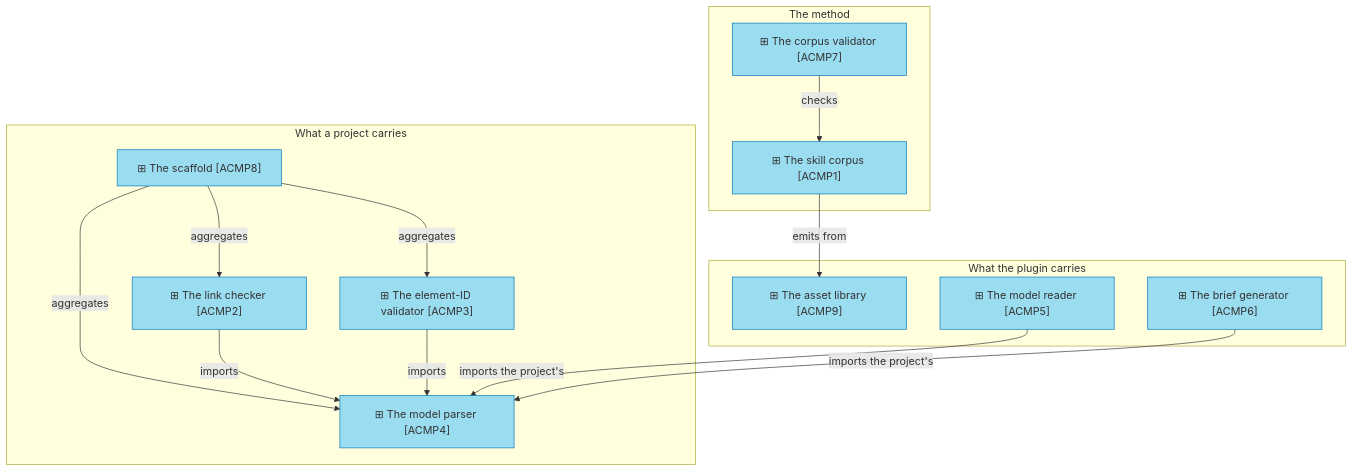
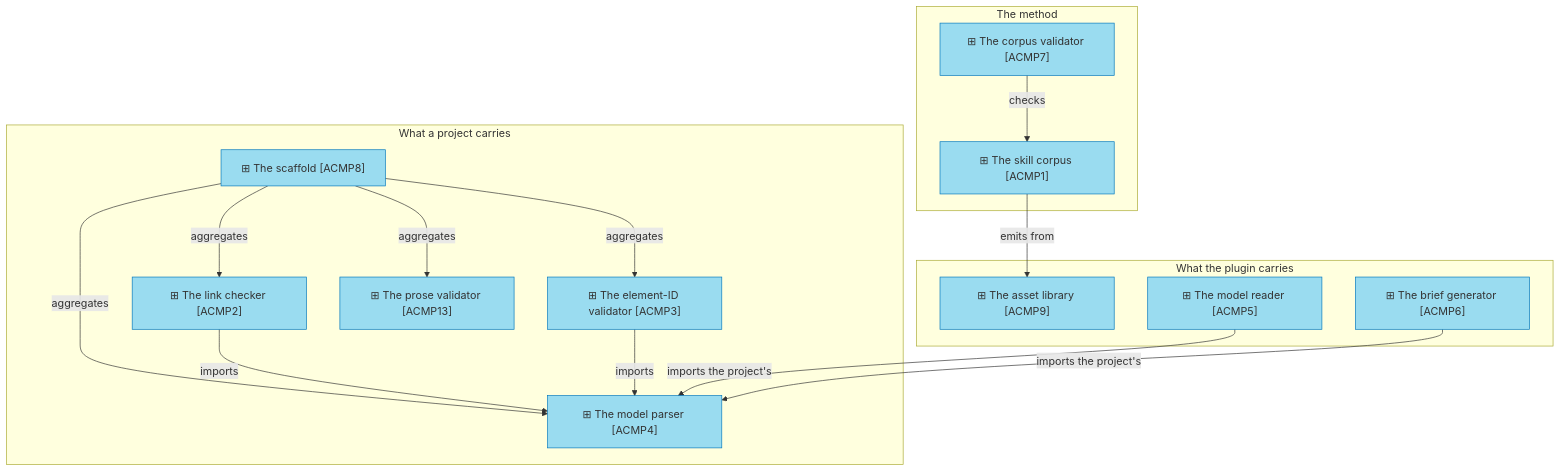
Before and after one commit to roanboc/architecture-archreator: the diagram in product-archreator/architecture/4_application/2_application-components.md, drawn with Mermaid. The commit also changed other lines of this file and 38 other files, not shown here.

````diff
--- a/product-archreator/architecture/4_application/2_application-components.md
+++ b/product-archreator/architecture/4_application/2_application-components.md
@@ -29,30 +14,32 @@
 ```mermaid
 flowchart TB
   subgraph corpus["The method"]
     c1["⊞ The skill corpus [ACMP1]"]:::app
     c7["⊞ The corpus validator [ACMP7]"]:::app
   end
   subgraph project["What a project carries"]
     c8["⊞ The scaffold [ACMP8]"]:::app
     c2["⊞ The link checker [ACMP2]"]:::app
     c3["⊞ The element-ID validator [ACMP3]"]:::app
     c4["⊞ The model parser [ACMP4]"]:::app
+    c13["⊞ The prose validator [ACMP13]"]:::app
   end
   subgraph plugin["What the plugin carries"]
     c9["⊞ The asset library [ACMP9]"]:::app
     c5["⊞ The model reader [ACMP5]"]:::app
     c6["⊞ The brief generator [ACMP6]"]:::app
   end
 
   c7 -->|checks| c1
   c8 -->|aggregates| c2
   c8 -->|aggregates| c3
   c8 -->|aggregates| c4
+  c8 -->|aggregates| c13
   c2 -->|imports| c4
   c3 -->|imports| c4
   c5 -->|imports the project's| c4
   c6 -->|imports the project's| c4
   c1 -->|emits from| c9
 
   classDef app fill:#9adcf0,stroke:#0277bd,color:#333
 ```
````
